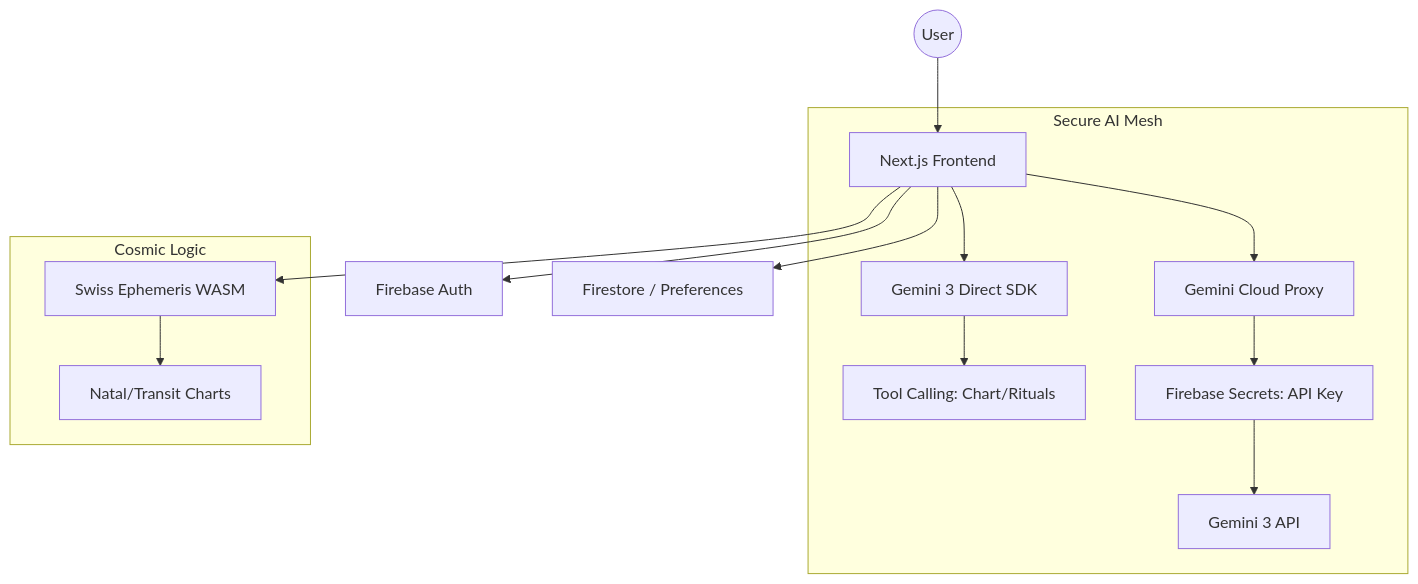
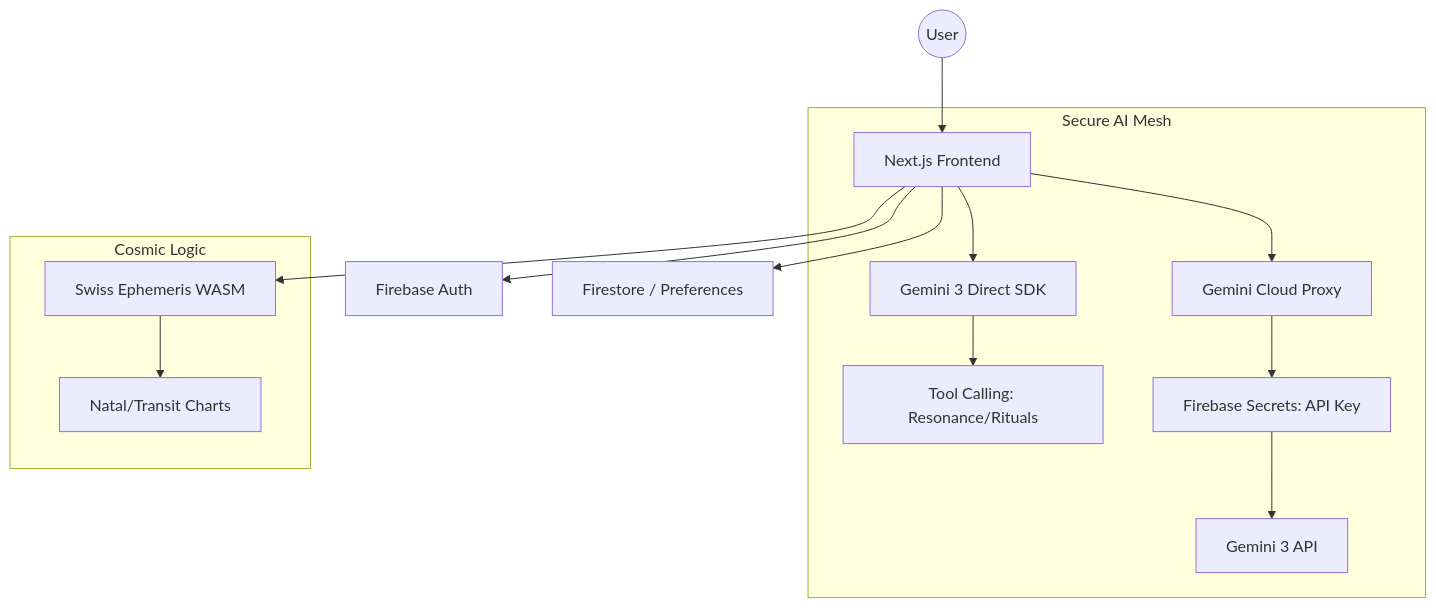
Before and after one commit to estevanhernandez-stack-ed/Celestia3: the diagram in README.md, drawn with Mermaid. The commit also changed other lines of this file and 6076 other files, not shown here.

````diff
--- a/README.md
+++ b/README.md
@@ -25,19 +26,19 @@
 ```mermaid
 graph TD
     User((User)) --> Client[Next.js Frontend]
     Client --> SDK[Gemini 3 Direct SDK]
     Client --> Auth[Firebase Auth]
     Client --> Store[Firestore / Preferences]
     
     subgraph "Secure AI Mesh"
-    SDK --> Tools[Tool Calling: Chart/Rituals]
+    SDK --> Tools[Tool Calling: Resonance/Rituals]
     Client --> Proxy[Gemini Cloud Proxy]
     Proxy --> Secret[Firebase Secrets: API Key]
     Secret --> G3[Gemini 3 API]
     end
     
     subgraph "Cosmic Logic"
     Client --> Swiss[Swiss Ephemeris WASM]
     Swiss --> Natal[Natal/Transit Charts]
     end
 ```
````
